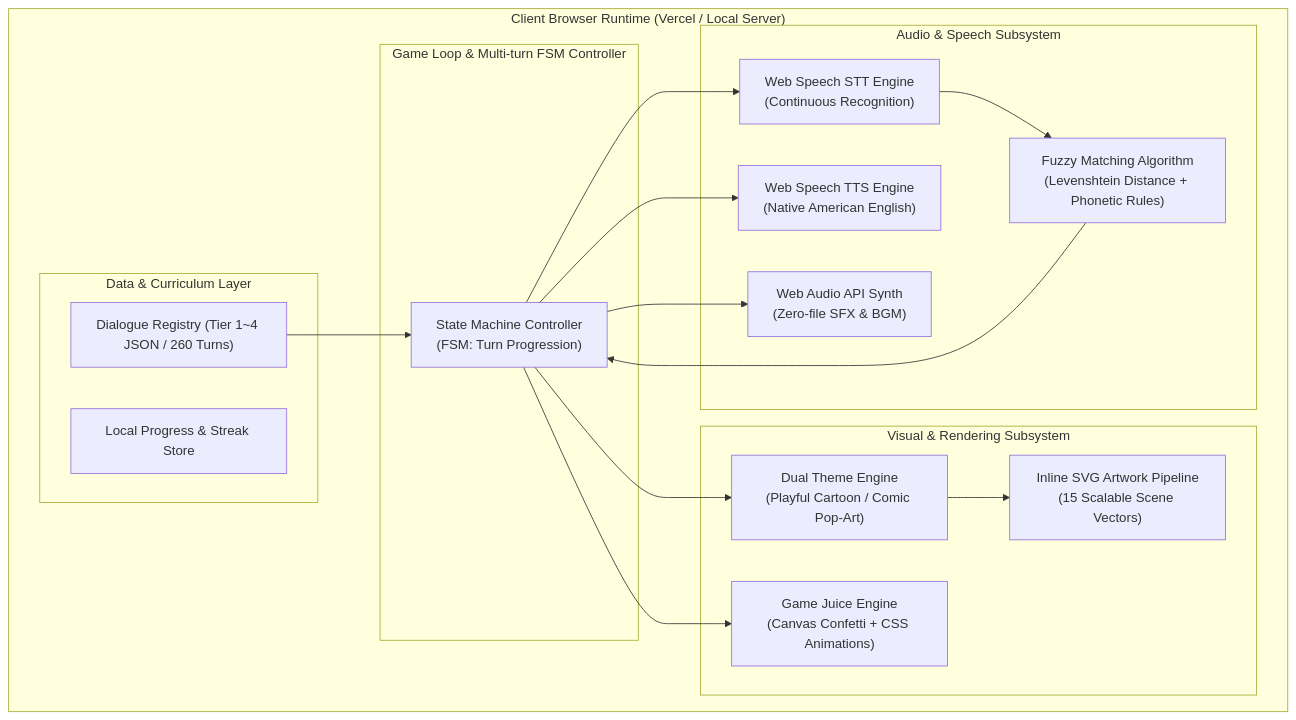
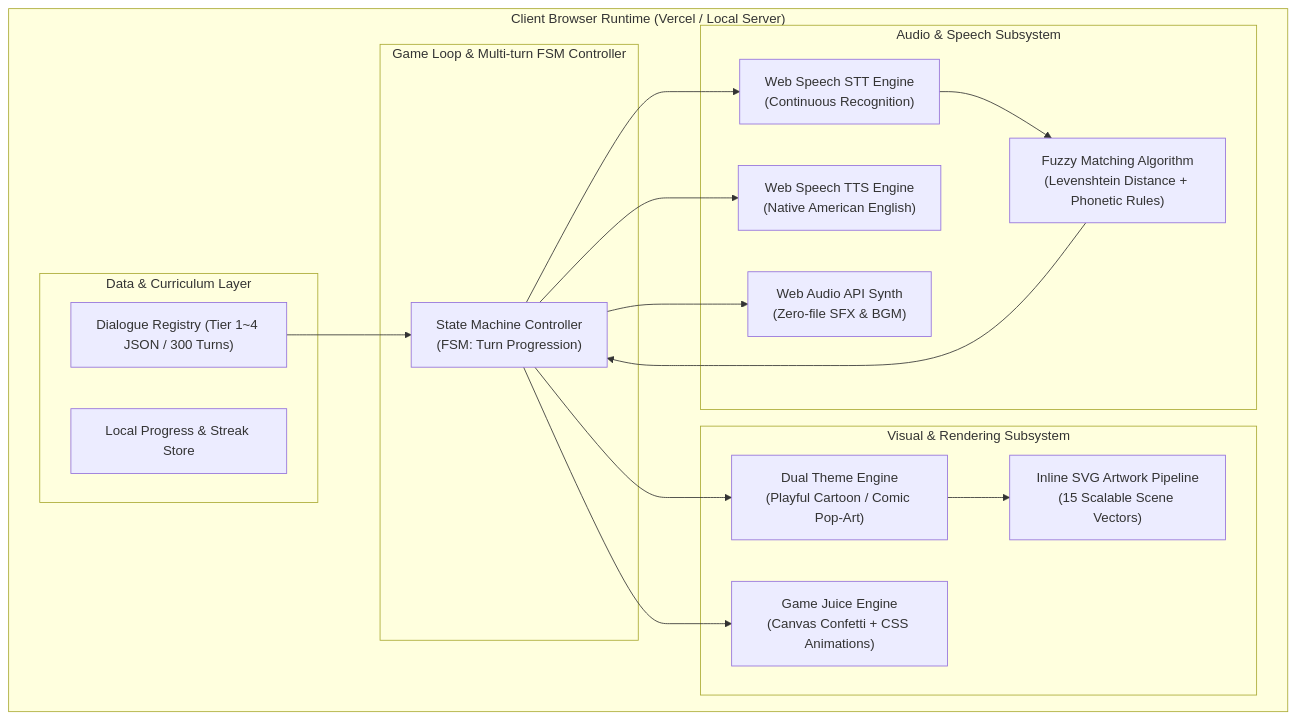
The first of 2 diagrams in DETAILED_SPECIFICATION.md (headshoulder51204/english_g_multiturn), drawn with Mermaid before and after one commit. The commit also changed other lines of this file and 23 other files, not shown here.

````diff
--- a/DETAILED_SPECIFICATION.md
+++ b/DETAILED_SPECIFICATION.md
@@ -13,36 +13,36 @@
 ```mermaid
 flowchart TD
     subgraph Client ["Client Browser Runtime (Vercel / Local Server)"]
         subgraph FSM ["Game Loop & Multi-turn FSM Controller"]
             StateMgr["State Machine Controller<br/>(FSM: Turn Progression)"]
         end
 
         subgraph AudioSubsystem ["Audio & Speech Subsystem"]
             STT["Web Speech STT Engine<br/>(Continuous Recognition)"]
             FuzzyMatch["Fuzzy Matching Algorithm<br/>(Levenshtein Distance + Phonetic Rules)"]
             TTS["Web Speech TTS Engine<br/>(Native American English)"]
             SynthAudio["Web Audio API Synth<br/>(Zero-file SFX & BGM)"]
         end
 
         subgraph RenderSubsystem ["Visual & Rendering Subsystem"]
             ThemeEngine["Dual Theme Engine<br/>(Playful Cartoon / Comic Pop-Art)"]
             SVGRenderer["Inline SVG Artwork Pipeline<br/>(15 Scalable Scene Vectors)"]
             JuiceEngine["Game Juice Engine<br/>(Canvas Confetti + CSS Animations)"]
         end
 
         subgraph DataLayer ["Data & Curriculum Layer"]
-            ScenarioData["Dialogue Registry (Tier 1~4 JSON / 260 Turns)"]
+            ScenarioData["Dialogue Registry (Tier 1~4 JSON / 300 Turns)"]
             UserProgress["Local Progress & Streak Store"]
         end
     end
 
     StateMgr --> STT
     STT --> FuzzyMatch
     FuzzyMatch --> StateMgr
     StateMgr --> TTS
     StateMgr --> SynthAudio
     StateMgr --> ThemeEngine
     ThemeEngine --> SVGRenderer
     StateMgr --> JuiceEngine
     ScenarioData --> StateMgr
 ```
````
